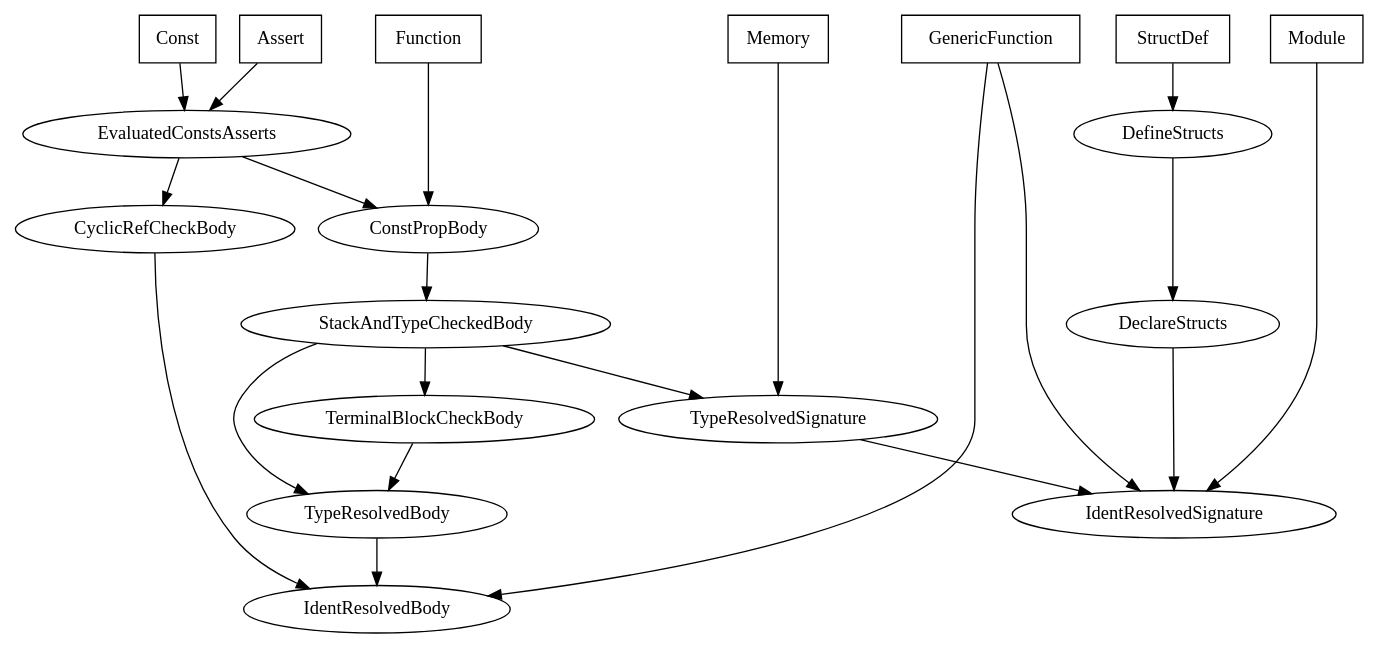
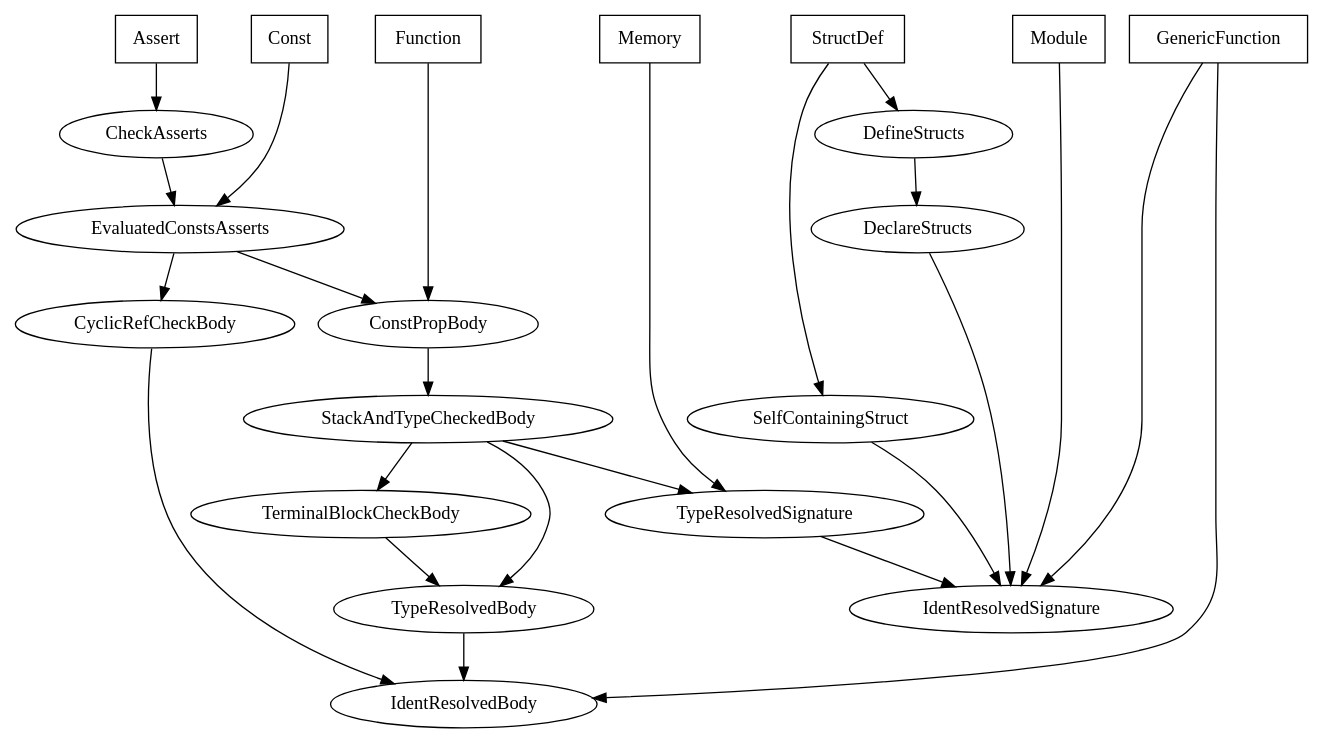
One commit to Measter/MFL changed the diagram in pass_dep_graph.dot. Above: the diagram before and after it, drawn with Graphviz. The commit also changed 1 other file, not shown here.

Commit message:
MFL: SelfContainingStruct only needs IdentResolvedSignature.

```diff
--- a/pass_dep_graph.dot
+++ b/pass_dep_graph.dot
@@ -1,53 +1,58 @@
 strict digraph {
     subgraph passes {
         label = "Passes";
 
         IdentResolvedSignature;
         IdentResolvedBody;
         DeclareStructs;
         TypeResolvedSignature;
         TypeResolvedBody;
         CyclicRefCheckBody;
         DefineStructs;
+        SelfContainingStruct;
         TerminalBlockCheckBody;
         StackAndTypeCheckedBody;
         ConstPropBody;
         EvaluatedConstsAsserts;
+        CheckAsserts;
     }
 
     subgraph items {
         rank = same;
         node [shape = "box"]
         label = "Items";
 
         Module;
         StructDef;
         Memory;
         GenericFunction;
         Assert;
         Const;
         Function;
     }
 
     DeclareStructs -> IdentResolvedSignature;
     TypeResolvedSignature -> IdentResolvedSignature;
     TypeResolvedBody -> IdentResolvedBody;
     DefineStructs -> DeclareStructs;
+    SelfContainingStruct -> IdentResolvedSignature;
     CyclicRefCheckBody -> IdentResolvedBody;
     TerminalBlockCheckBody -> TypeResolvedBody;
     StackAndTypeCheckedBody -> TypeResolvedSignature;
     StackAndTypeCheckedBody -> TypeResolvedBody;
     StackAndTypeCheckedBody -> TerminalBlockCheckBody;
     ConstPropBody -> StackAndTypeCheckedBody;
     EvaluatedConstsAsserts -> CyclicRefCheckBody;
     EvaluatedConstsAsserts -> ConstPropBody;
+    CheckAsserts -> EvaluatedConstsAsserts;
 
     Module -> IdentResolvedSignature;
+    StructDef -> SelfContainingStruct;
     StructDef -> DefineStructs;
     Memory -> TypeResolvedSignature;
     GenericFunction -> IdentResolvedSignature;
     GenericFunction -> IdentResolvedBody;
-    Assert -> EvaluatedConstsAsserts;
+    Assert -> CheckAsserts;
     Const -> EvaluatedConstsAsserts;
     Function -> ConstPropBody;
 }
```
